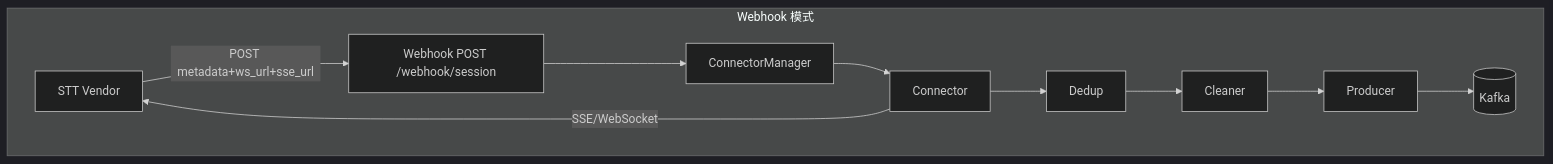
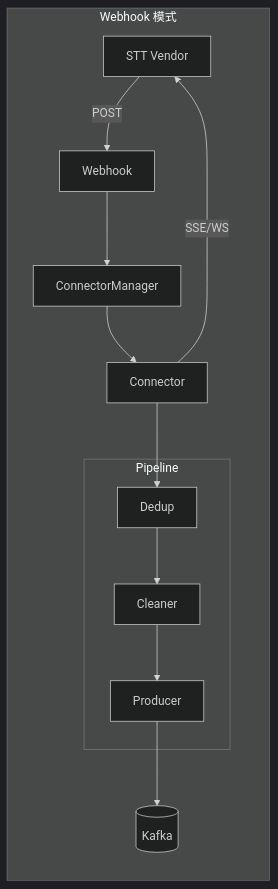
One commit to xiaodouya001/transcribe_service changed the first of 5 diagrams in docs/design-overview.md. Above: the diagram before and after it, drawn with Mermaid (dark theme). The commit also changed 4 other files, not shown here.

Commit message:
Remove architecture.md file and update design-overview.md to improve clarity in the application architecture diagrams. Adjust README to enhance navigation and include additional documentation links for better accessibility.

````diff
--- a/docs/design-overview.md
+++ b/docs/design-overview.md
@@ -37,21 +37,23 @@
 ```mermaid
-flowchart TB
+flowchart LR
     subgraph WebhookFlow [Webhook 模式]
         Vendor[STT Vendor]
-        Webhook[Webhook POST /webhook/session]
+        Webhook[Webhook]
         ConnMgr[ConnectorManager]
         Conn[Connector]
-        Dedup[Dedup]
-        Cleaner[Cleaner]
-        Producer[Producer]
+        subgraph Pipeline [Pipeline]
+            Dedup[Dedup]
+            Cleaner[Cleaner]
+            Producer[Producer]
+        end
         Kafka[(Kafka)]
-        Vendor -->|"POST metadata+ws_url+sse_url"| Webhook
-        Webhook --> ConnMgr
-        ConnMgr --> Conn
-        Conn -->|"SSE/WebSocket"| Vendor
-        Conn --> Dedup
-        Dedup --> Cleaner
-        Cleaner --> Producer
-        Producer --> Kafka
     end
+    Vendor -->|POST| Webhook
+    Webhook --> ConnMgr
+    ConnMgr --> Conn
+    Conn -->|SSE/WS| Vendor
+    Conn --> Dedup
+    Dedup --> Cleaner
+    Cleaner --> Producer
+    Producer --> Kafka
 ```
````
